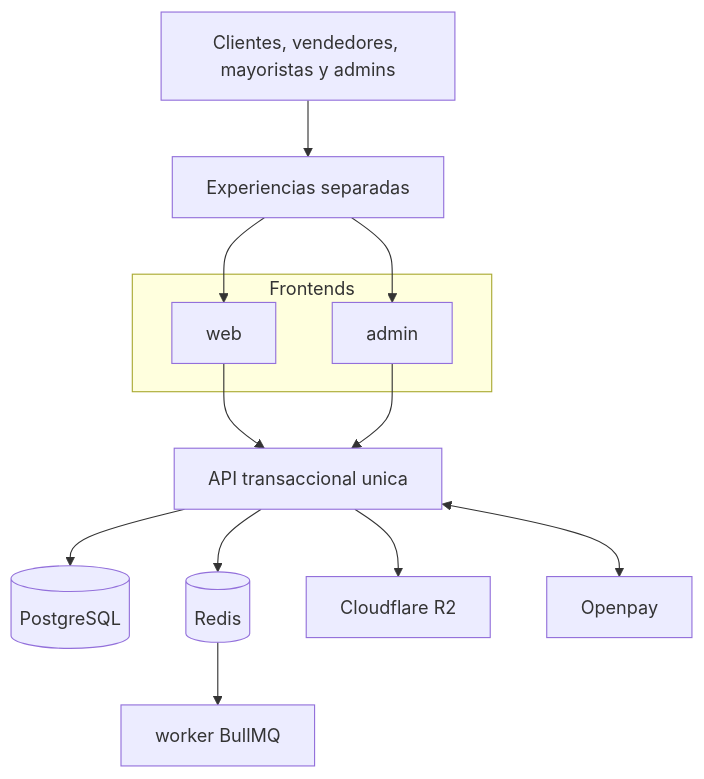
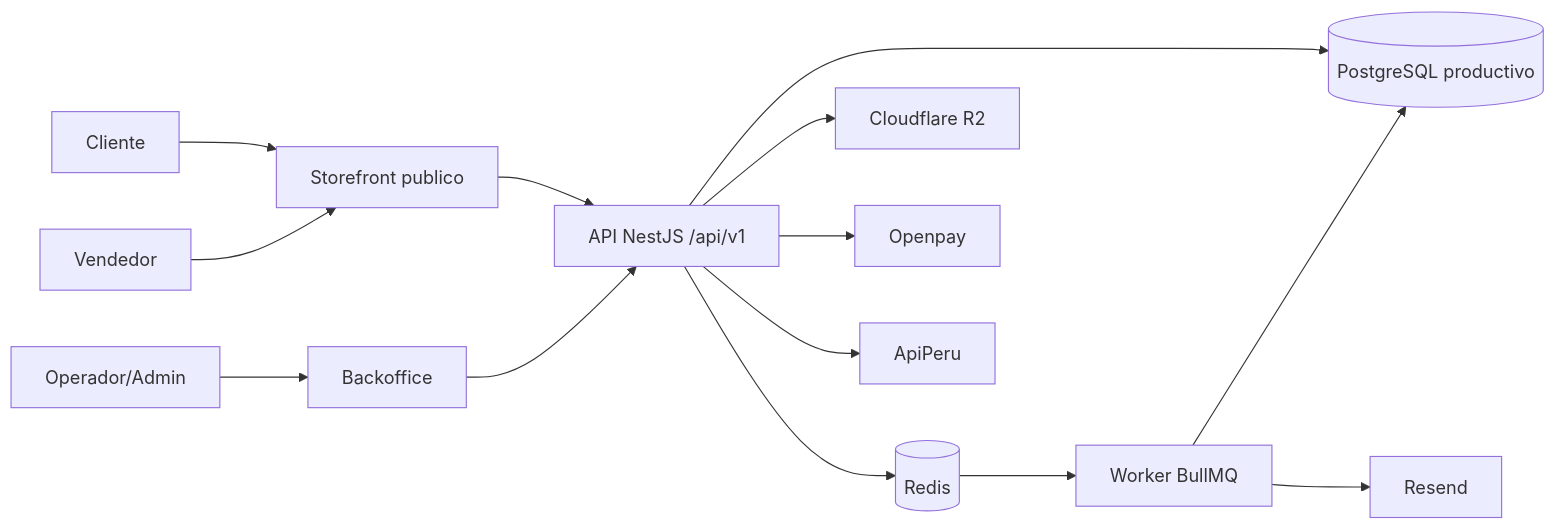
Before and after one commit to Raphap-1993/ERP-HUELEHUELE: the first of 5 diagrams in docs/architecture/overview.md, drawn with Mermaid. The commit also changed other lines of this file and 164 other files, not shown here.

````diff
--- a/docs/architecture/overview.md
+++ b/docs/architecture/overview.md
@@ -27,21 +20,20 @@
 ```mermaid
-flowchart TB
-  actors["Clientes, vendedores, mayoristas y admins"] --> fronts["Experiencias separadas"]
+flowchart LR
+  customer["Cliente"] --> web["Storefront publico"]
+  seller["Vendedor"] --> web
+  adminUser["Operador/Admin"] --> admin["Backoffice"]
 
-  subgraph experiences["Frontends"]
-    web["web"]
-    admin["admin"]
-  end
-
-  fronts --> web
-  fronts --> admin
-
-  web --> api["API transaccional unica"]
+  web --> api["API NestJS /api/v1"]
   admin --> api
 
-  api --> pg[("PostgreSQL")]
+  api --> pg[("PostgreSQL productivo")]
   api --> redis[("Redis")]
+  redis --> worker["Worker BullMQ"]
+
   api --> r2["Cloudflare R2"]
-  api <--> openpay["Openpay"]
-  redis --> worker["worker BullMQ"]
+  api --> openpay["Openpay"]
+  api --> apiperu["ApiPeru"]
+
+  worker --> resend["Resend"]
+  worker --> pg
 ```
````
